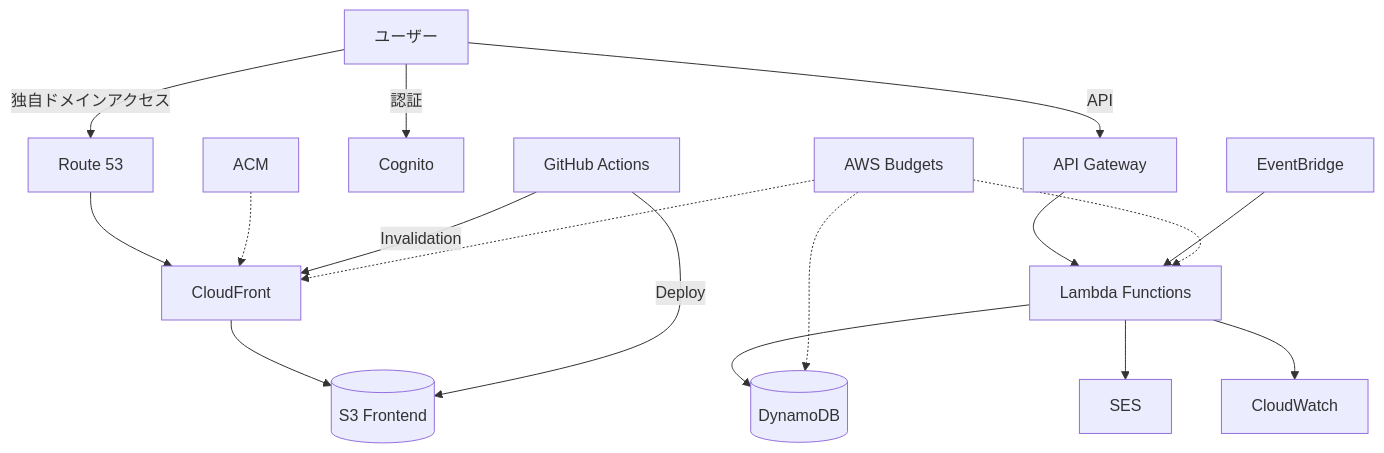
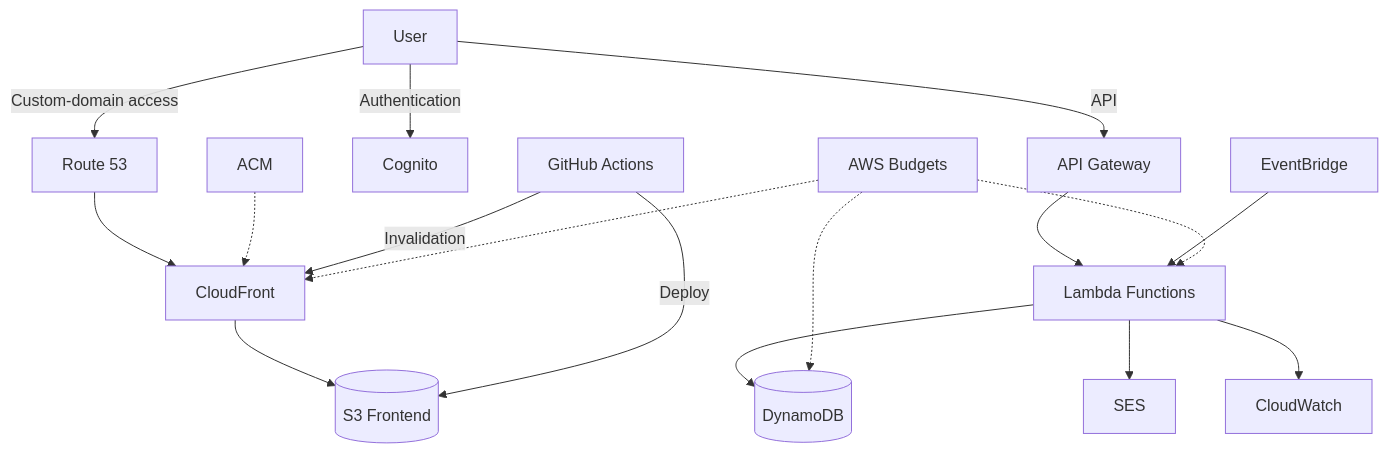
Before and after one commit to vincentmango-wen/aws-cert-roadmap-lab: diagram 11 of 11 in docs/designs/04_aws_architecture_design.md, drawn with Mermaid. The commit also changed other lines of this file and 117 other files, not shown here.

````diff
--- a/docs/designs/04_aws_architecture_design.md
+++ b/docs/designs/04_aws_architecture_design.md
@@ -1165,34 +1165,34 @@
 ```mermaid
 flowchart TD
-    User[ユーザー]
+    User[User]
     R53[Route 53]
     ACM[ACM]
     CF[CloudFront]
     S3[(S3 Frontend)]
     Cognito[Cognito]
     APIGW[API Gateway]
     Lambda[Lambda Functions]
     DDB[(DynamoDB)]
     EventBridge[EventBridge]
     SES[SES]
     CW[CloudWatch]
     Budget[AWS Budgets]
     GitHub[GitHub Actions]
 
-    User -->|独自ドメインアクセス| R53
+    User -->|Custom-domain access| R53
     R53 --> CF
     ACM -.-> CF
     CF --> S3
-    User -->|認証| Cognito
+    User -->|Authentication| Cognito
     User -->|API| APIGW
     APIGW --> Lambda
     Lambda --> DDB
     EventBridge --> Lambda
     Lambda --> SES
     Lambda --> CW
     GitHub -->|Deploy| S3
     GitHub -->|Invalidation| CF
     Budget -.-> CF
     Budget -.-> Lambda
     Budget -.-> DDB
 ```
````
